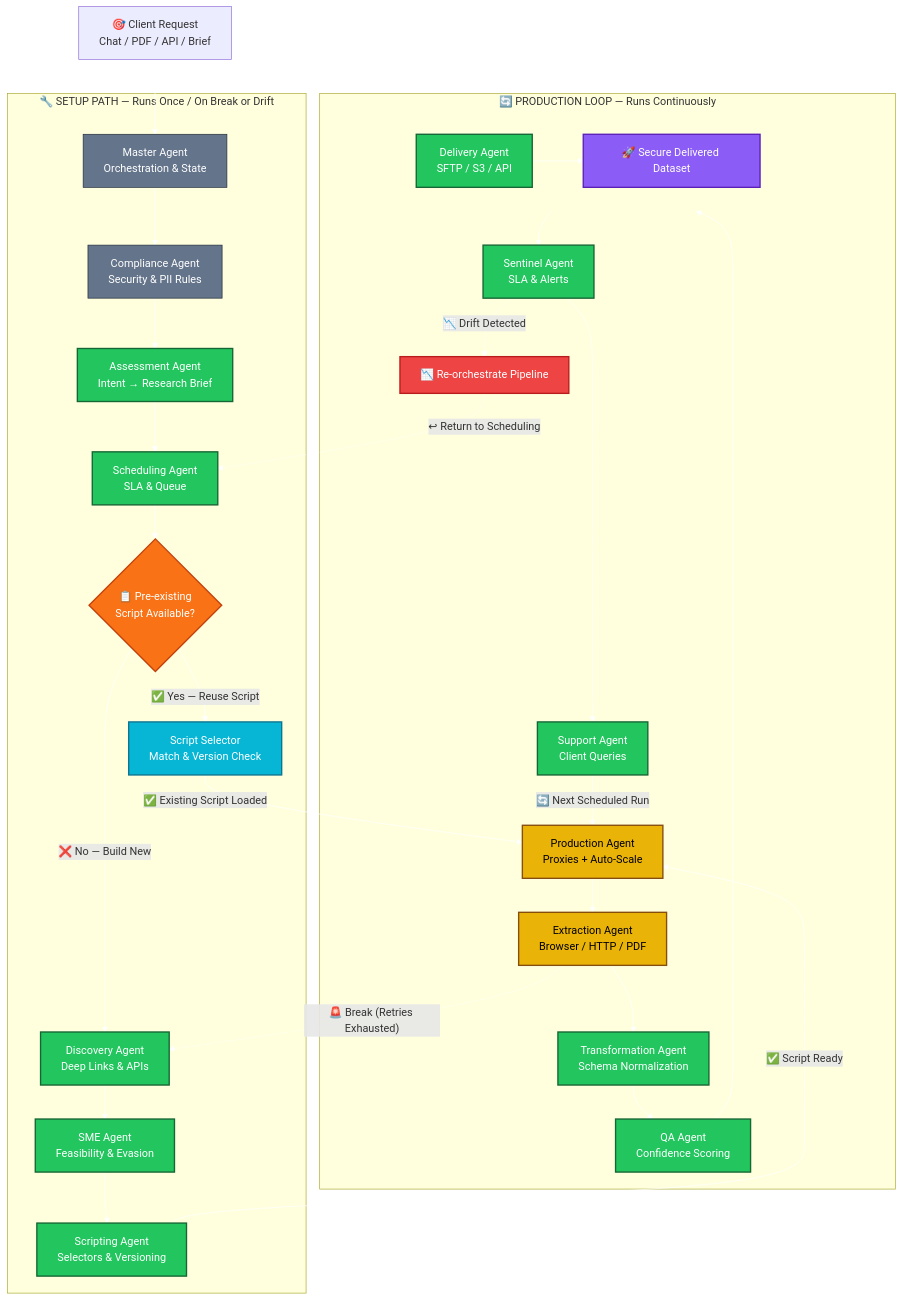
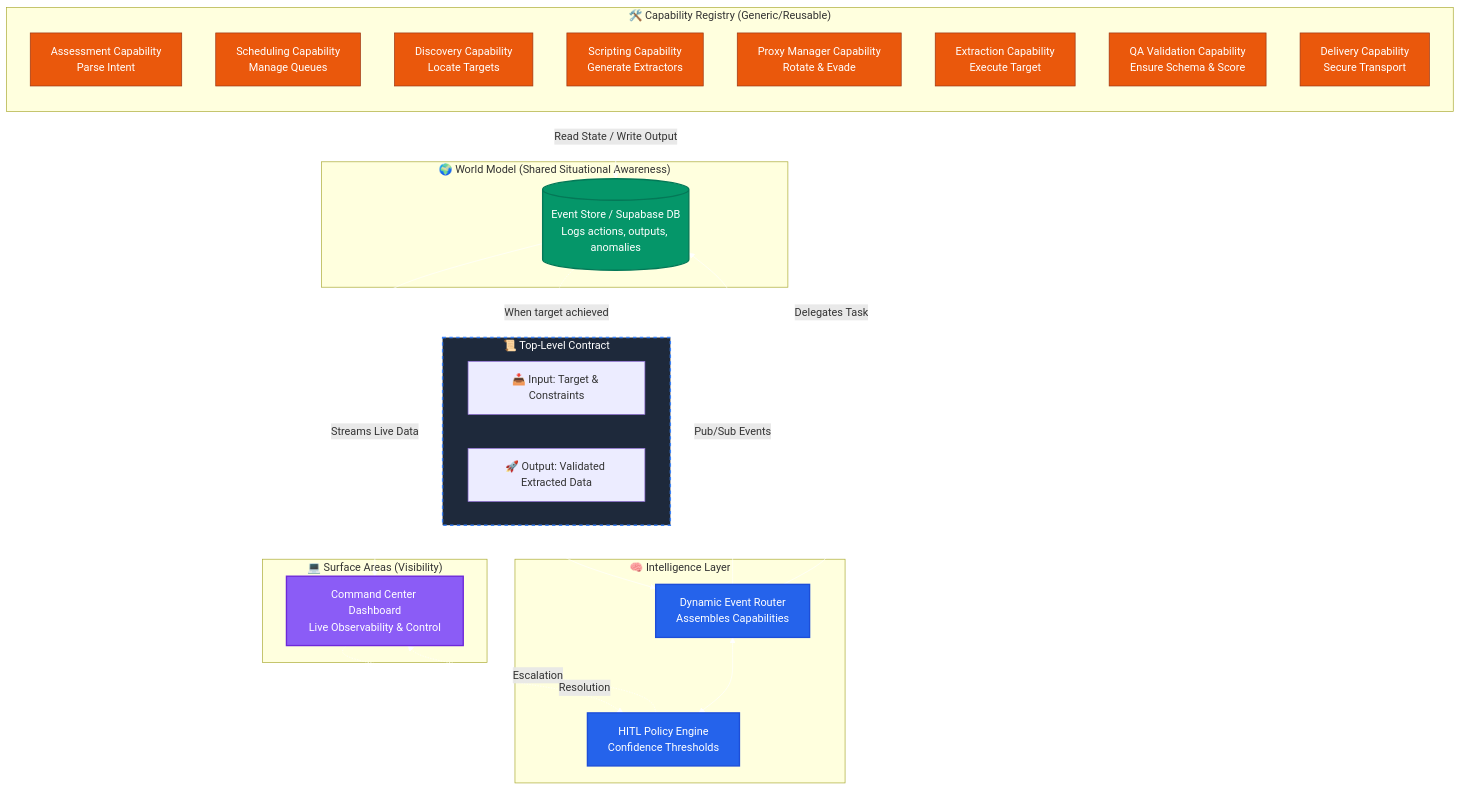
Before and after one commit to balam65/agentic-research: the diagram in outline-operational-modified.mmd, drawn with Mermaid. The commit also changed 23 other files, not shown here.

```diff
--- a/outline-operational-modified.mmd
+++ b/outline-operational-modified.mmd
@@ -1,73 +1,70 @@
 %%{init: {'themeVariables': { 'lineColor': '#ffffff' }}}%%
 flowchart TD
-    %% ── TRIGGER ──
-    Client[🎯 Client Request<br>Chat / PDF / API / Brief]
-
-    %% ── SETUP PATH ──
-    Client --> Master
-
-    subgraph SETUP ["🔧 SETUP PATH — Runs Once / On Break or Drift"]
-        Master[Master Agent<br>Orchestration & State]
-        --> Comp[Compliance Agent<br>Security & PII Rules]
-        --> Assess[Assessment Agent<br>Intent → Research Brief]
-        --> Sched[Scheduling Agent<br>SLA & Queue]
-
-        %% ── BRANCH 1: Script Availability Check ──
-        Sched --> ScriptCheck{📋 Pre-existing<br>Script Available?}
-        ScriptCheck -- "✅ Yes — Reuse Script" --> ScriptSelect[Script Selector<br>Match & Version Check]
-        ScriptCheck -- "❌ No — Build New" --> Disc[Discovery Agent<br>Deep Links & APIs]
-        --> SME[SME Agent<br>Feasibility & Evasion]
-        --> Script[Scripting Agent<br>Selectors & Versioning]
+    %% ── NON-NEGOTIABLE I/O CONTRACT ──
+    subgraph CONTRACT ["📜 Top-Level Contract"]
+        direction LR
+        Input[📥 Input: Target & Constraints]
+        Output[🚀 Output: Validated Extracted Data]
     end
 
-    %% ── HANDOFF ──
-    Script -- "✅ Script Ready" --> Scale
-    ScriptSelect -- "✅ Existing Script Loaded" --> Scale
-
-    %% ── PRODUCTION LOOP ──
-    subgraph LOOP ["🔄 PRODUCTION LOOP — Runs Continuously"]
-        Scale[Production Agent<br>Proxies + Auto-Scale]
-        --> Extr[Extraction Agent<br>Browser / HTTP / PDF]
-        --> Trans[Transformation Agent<br>Schema Normalization]
-        --> QA[QA Agent<br>Confidence Scoring]
-
-        %% Delivery row — horizontal alignment via LR subgraph
-        subgraph DELIVER [" "]
-            direction LR
-            Deliv[Delivery Agent<br>SFTP / S3 / API] --> Output[🚀 Secure Delivered Dataset]
-        end
-
-        QA --> Deliv
-        Deliv --> Sent[Sentinel Agent<br>SLA & Alerts]
-        --> Supp[Support Agent<br>Client Queries]
-
-        %% Drift flag stays inside Loop box
-        Sent -. "📉 Drift Detected" .-> Drift[📉 Re-orchestrate Pipeline]
+    %% ── SURFACE AREAS ──
+    subgraph SURFACES ["💻 Surface Areas (Visibility)"]
+        Dashboard[Command Center Dashboard<br/>Live Observability & Control]
     end
 
-    %% ── LOOP BACK ──
-    Supp -- "🔄 Next Scheduled Run" --> Scale
+    %% ── INTELLIGENCE LAYER ──
+    subgraph INTELLIGENCE ["🧠 Intelligence Layer"]
+        Orchestrator[Dynamic Event Router<br/>Assembles Capabilities]
+        HITL[HITL Policy Engine<br/>Confidence Thresholds]
+        Orchestrator <--> HITL
+    end
 
-    %% ── BRANCH 2: Break vs Drift Repair ──
-    Extr -. "🚨 Break (Retries Exhausted)" .-> Disc
-    Drift -. "↩ Return to Scheduling" .-> Sched
+    %% ── WORLD MODEL ──
+    subgraph WORLD_MODEL ["🌍 World Model (Shared Situational Awareness)"]
+        EventBus[(Event Store / Supabase DB<br/>Logs actions, outputs, anomalies)]
+    end
+
+    %% ── CAPABILITY REGISTRY ──
+    subgraph CAPABILITIES ["🛠️ Capability Registry (Generic/Reusable)"]
+        direction TB
+        CapAssess[Assessment Capability<br/>Parse Intent]
+        CapSched[Scheduling Capability<br/>Manage Queues]
+        CapDisc[Discovery Capability<br/>Locate Targets]
+        CapScript[Scripting Capability<br/>Generate Extractors]
+        CapProxy[Proxy Manager Capability<br/>Rotate & Evade]
+        CapExtr[Extraction Capability<br/>Execute Target]
+        CapQA[QA Validation Capability<br/>Ensure Schema & Score]
+        CapDeliv[Delivery Capability<br/>Secure Transport]
+    end
+
+    %% ── FLOW CONNECTIONS ──
+    %% The system takes the abstract input
+    Input --> Orchestrator
+    
+    %% The Orchestrator interacts with the Event Bus to manage states
+    Orchestrator -->|Pub/Sub Events| EventBus
+    
+    %% Capabilities are triggered by the Orchestrator and read/write to the World Model
+    Orchestrator -->|Delegates Task| CAPABILITIES
+    CAPABILITIES <-->|Read State / Write Output| EventBus
+    
+    %% When the job hits the end goal, generate output
+    EventBus -.->|When target achieved| Output
+    
+    %% The dashboard gives humans a view of the world model and HITL overrides
+    EventBus -->|Streams Live Data| Dashboard
+    HITL -.->|Escalation| Dashboard
+    Dashboard -.->|Resolution| HITL
 
     %% ── STYLING ──
-    classDef done fill:#22c55e,stroke:#166534,color:#fff,stroke-width:2px
-    classDef progress fill:#eab308,stroke:#854d0e,color:#000,stroke-width:2px
-    classDef gov fill:#64748b,stroke:#1e2937,color:#fff
-    classDef output fill:#8b5cf6,stroke:#5b21b6,color:#fff,stroke-width:2px
-    classDef decision fill:#f97316,stroke:#c2410c,color:#fff,stroke-width:2px
-    classDef reuse fill:#06b6d4,stroke:#0e7490,color:#fff,stroke-width:2px
-    classDef drift fill:#ef4444,stroke:#b91c1c,color:#fff,stroke-width:2px
+    classDef layer fill:#1e293b,stroke:#3b82f6,color:#fff,stroke-width:2px,stroke-dasharray: 5 5
+    classDef core fill:#2563eb,stroke:#1d4ed8,color:#fff,stroke-width:2px
+    classDef data fill:#059669,stroke:#047857,color:#fff,stroke-width:2px
+    classDef cap fill:#ea580c,stroke:#9a3412,color:#fff,stroke-width:1px
+    classDef ui fill:#8b5cf6,stroke:#6d28d9,color:#fff,stroke-width:2px
 
-    class Master,Comp gov
-    class Assess,Sched,Disc,SME,Script,Trans,QA,Deliv,Sent,Supp done
-    class Extr,Scale progress
-    class Output output
-    class ScriptCheck decision
-    class ScriptSelect reuse
-    class Drift drift
-
-    %% Hide the DELIVER subgraph border so it looks seamless
-    style DELIVER fill:none,stroke:none
+    class CONTRACT layer
+    class Orchestrator,HITL core
+    class EventBus data
+    class CapAssess,CapSched,CapDisc,CapScript,CapProxy,CapExtr,CapQA,CapDeliv cap
+    class Dashboard ui
```
